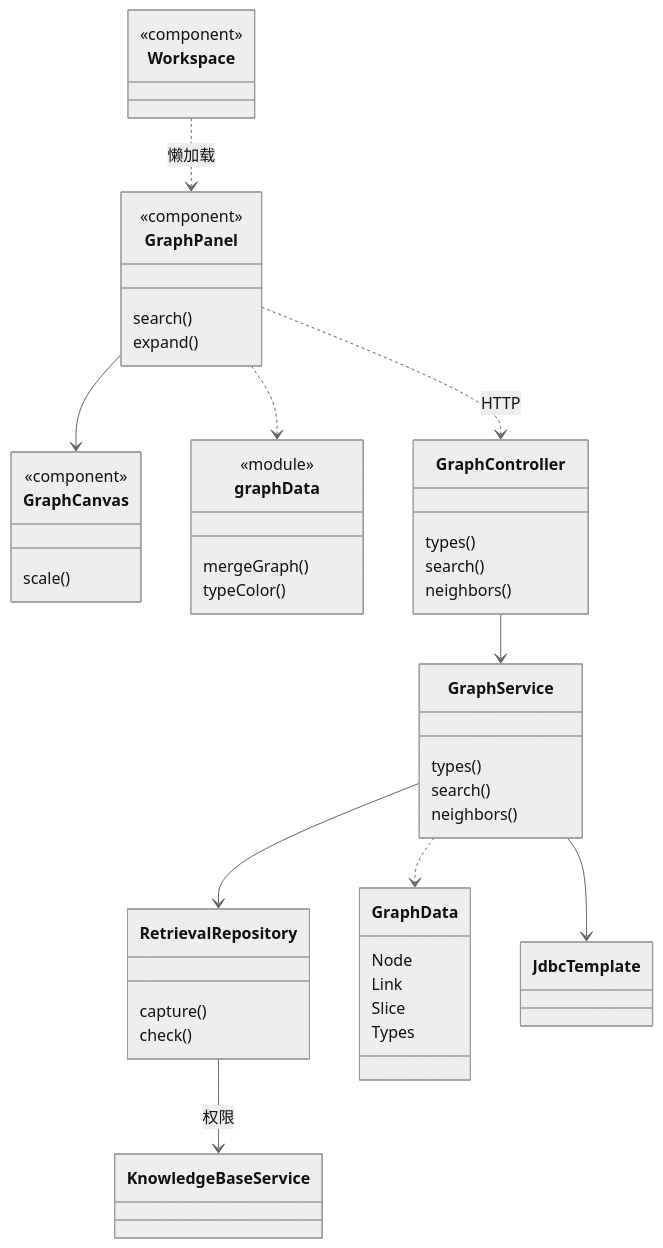
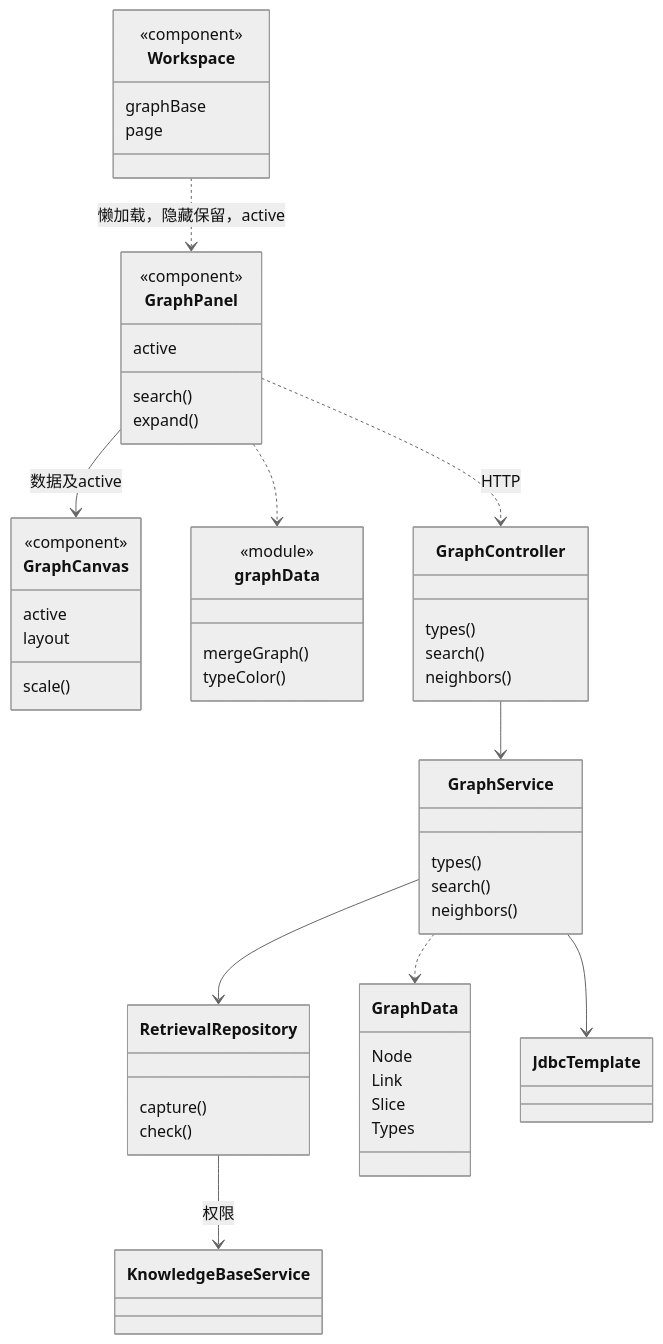
One commit to czhcc/TjLightRAG changed the first of 3 diagrams in docs/图谱查看实现.md. Above: the diagram before and after it, drawn with Mermaid (neutral theme). The commit also changed other lines of this file and 6 other files, not shown here.

Commit message:
fix: preserve graph view across workspace menu navigation

````diff
--- a/docs/图谱查看实现.md
+++ b/docs/图谱查看实现.md
@@ -21,49 +23,54 @@
 ```mermaid
 classDiagram
     class Workspace {
       <<component>>
+      graphBase
+      page
     }
     class GraphPanel {
       <<component>>
+      active
       search()
       expand()
     }
     class GraphCanvas {
       <<component>>
+      active
+      layout
       scale()
     }
     class graphData {
       <<module>>
       mergeGraph()
       typeColor()
     }
     class GraphController {
       types()
       search()
       neighbors()
     }
     class GraphService {
       types()
       search()
       neighbors()
     }
     class RetrievalRepository {
       capture()
       check()
     }
     class GraphData {
       Node
       Link
       Slice
       Types
     }
-    Workspace ..> GraphPanel : 懒加载
-    GraphPanel --> GraphCanvas
+    Workspace ..> GraphPanel : 懒加载，隐藏保留，active
+    GraphPanel --> GraphCanvas : 数据及active
     GraphPanel ..> graphData
     GraphPanel ..> GraphController : HTTP
     GraphController --> GraphService
     GraphService --> RetrievalRepository
     GraphService --> JdbcTemplate
     GraphService ..> GraphData
     RetrievalRepository --> KnowledgeBaseService : 权限
 ```
````
